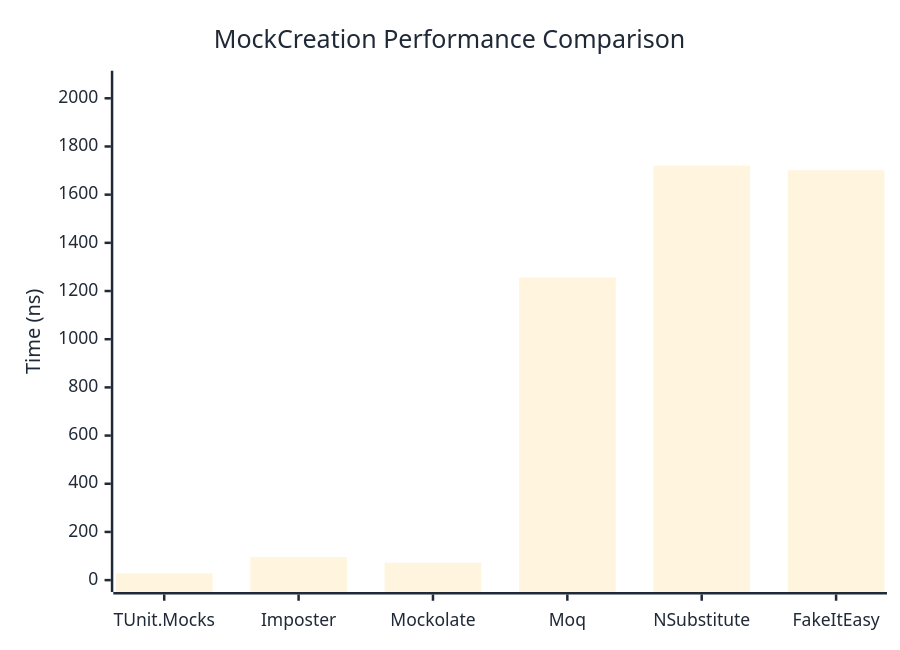
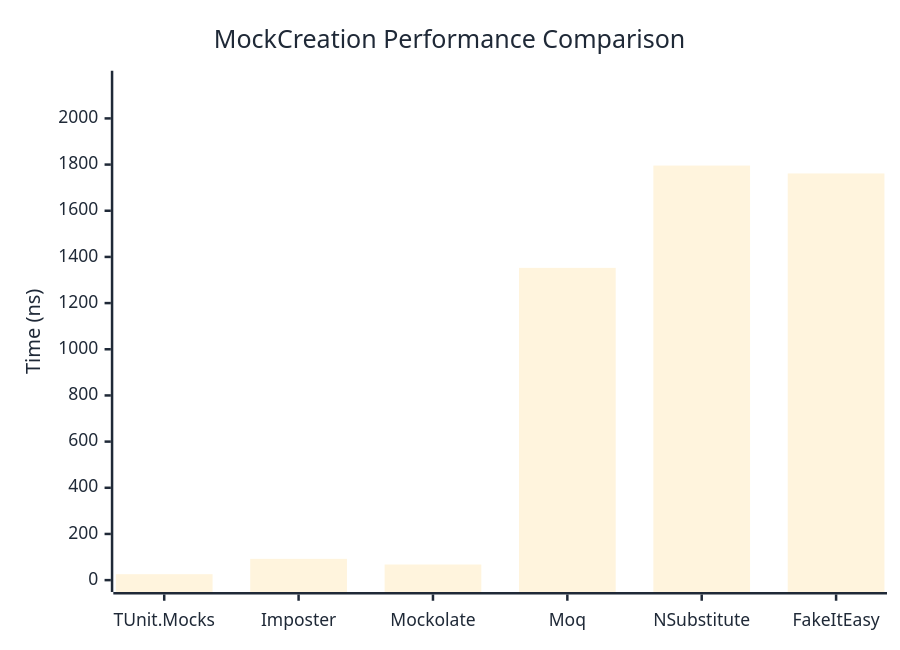
The first of 2 diagrams in docs/docs/benchmarks/mocks/MockCreation.md (thomhurst/TUnit), drawn with Mermaid before and after one commit. The commit also changed other lines of this file and 14 other files, not shown here.

````diff
--- a/docs/docs/benchmarks/mocks/MockCreation.md
+++ b/docs/docs/benchmarks/mocks/MockCreation.md
@@ -28,27 +28,27 @@
 ```mermaid
 %%{init: {
   'theme':'base',
   'themeVariables': {
     'primaryColor': '#2563eb',
     'primaryTextColor': '#1f2937',
     'primaryBorderColor': '#1e40af',
     'lineColor': '#6b7280',
     'secondaryColor': '#7c3aed',
     'tertiaryColor': '#dc2626',
     'background': '#ffffff',
     'pie1': '#2563eb',
     'pie2': '#7c3aed',
     'pie3': '#dc2626',
     'pie4': '#f59e0b',
     'pie5': '#10b981',
     'pie6': '#06b6d4',
     'pie7': '#ec4899',
     'pie8': '#6366f1'
   }
 }}%%
 xychart-beta
   title "MockCreation Performance Comparison"
   x-axis ["TUnit.Mocks", "Imposter", "Mockolate", "Moq", "NSubstitute", "FakeItEasy"]
-  y-axis "Time (ns)" 0 --> 2065
-  bar [28.25, 95.44, 72.12, 1255.93, 1720.27, 1701.58]
+  y-axis "Time (ns)" 0 --> 2155
+  bar [25.72, 92.17, 67.65, 1352.52, 1795.7, 1761.56]
 ```
````
